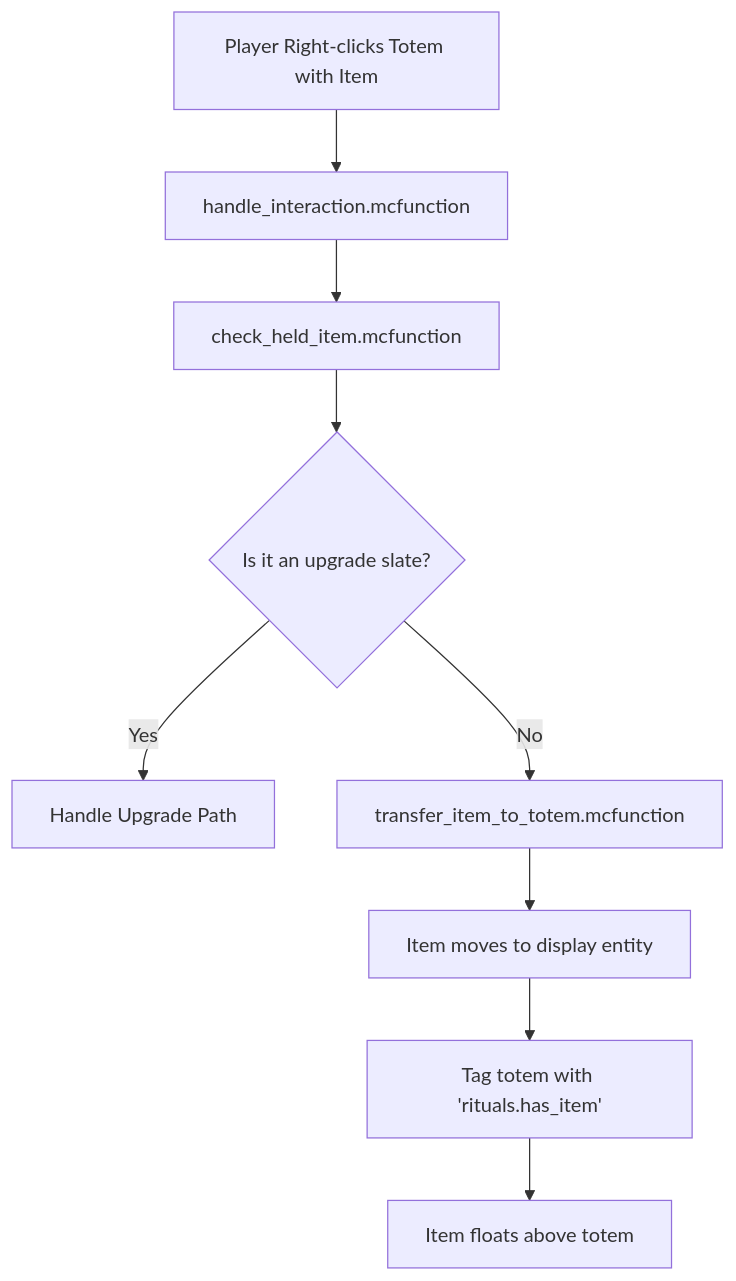
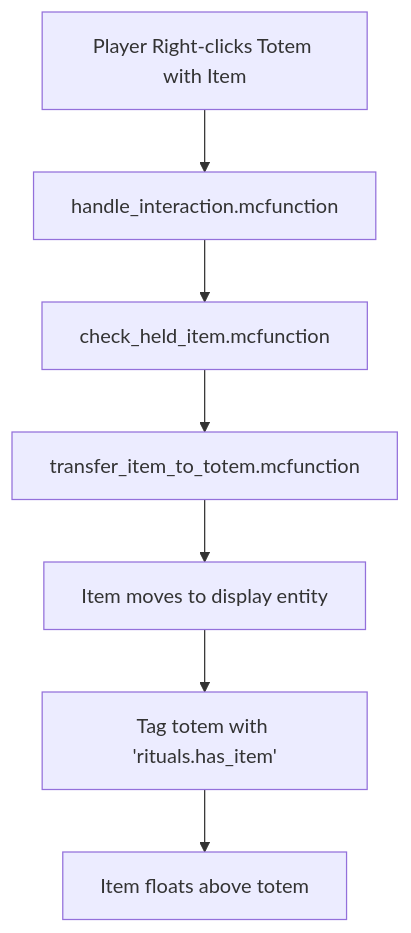
One commit to Underwood-Inc/rituals changed the third of 5 diagrams in docs/SYSTEM_OVERVIEW.md. Above: the diagram before and after it, drawn with Mermaid. The commit also changed other lines of this file and 95 other files, not shown here.

````diff
--- a/docs/SYSTEM_OVERVIEW.md
+++ b/docs/SYSTEM_OVERVIEW.md
@@ -151,11 +143,9 @@
 ```mermaid
 flowchart TD
     A[Player Right-clicks Totem with Item] --> B[handle_interaction.mcfunction]
     B --> C[check_held_item.mcfunction]
-    C --> D{Is it an upgrade slate?}
-    D -->|Yes| E[Handle Upgrade Path]
-    D -->|No| F[transfer_item_to_totem.mcfunction]
+    C --> F[transfer_item_to_totem.mcfunction]
     F --> G[Item moves to display entity]
     G --> H[Tag totem with 'rituals.has_item']
     H --> I[Item floats above totem]
 ```
````
